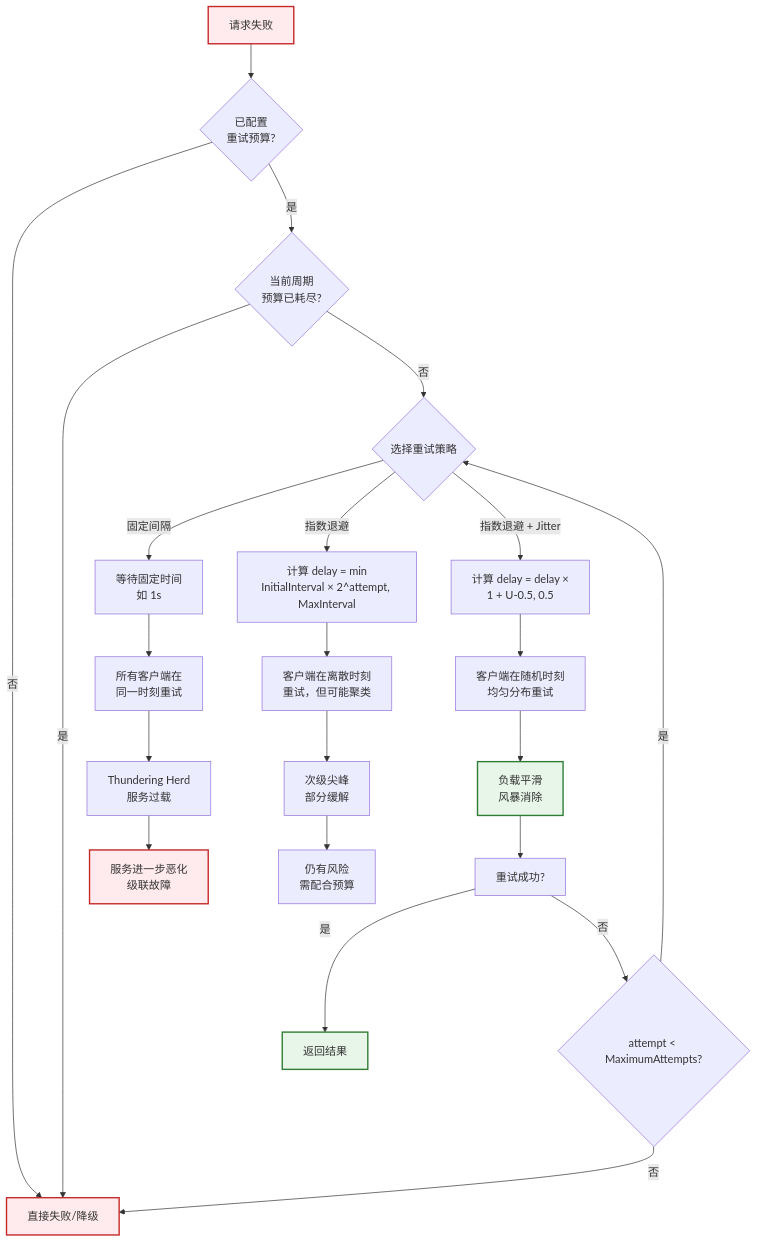
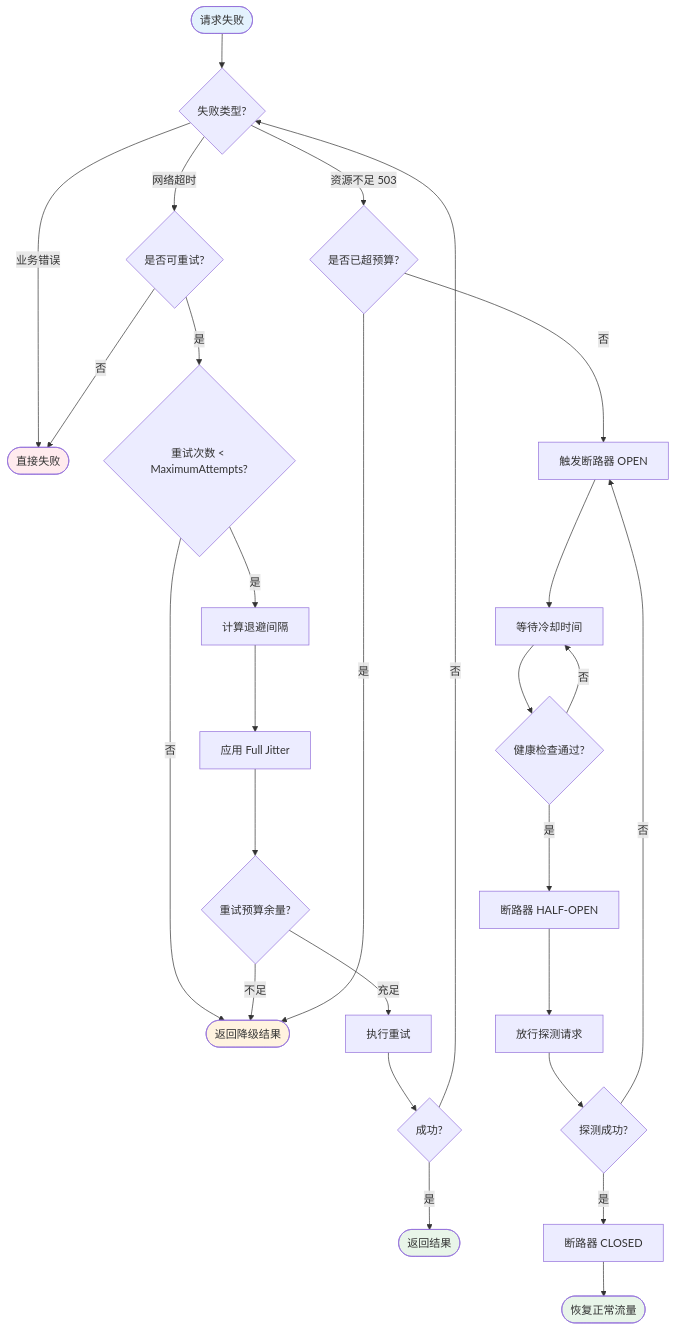
The second of 2 diagrams in TECH-STACK-STREAMING-POSTGRES-TEMPORAL-KRATOS/04-resilience/04.03-bulkhead-retry-isolation-patterns.md (AdaMartin18010/AnalysisDataFlow), drawn with Mermaid before and after one commit. The commit also changed other lines of this file and 5 other files, not shown here.

````diff
--- a/TECH-STACK-STREAMING-POSTGRES-TEMPORAL-KRATOS/04-resilience/04.03-bulkhead-retry-isolation-patterns.md
+++ b/TECH-STACK-STREAMING-POSTGRES-TEMPORAL-KRATOS/04-resilience/04.03-bulkhead-retry-isolation-patterns.md
@@ -397,35 +531,45 @@
 ```mermaid
 flowchart TD
-    A[请求失败] --> B{已配置<br/>重试预算?}
-    B -->|否| C[直接失败/降级]
-    B -->|是| D{当前周期<br/>预算已耗尽?}
-    D -->|是| C
-    D -->|否| E{选择重试策略}
+    Start([请求失败]) --> A{失败类型?}
 
-    E -->|固定间隔| F[等待固定时间<br/>如 1s]
-    E -->|指数退避| G[计算 delay = min<br/>InitialInterval × 2^attempt, MaxInterval]
-    E -->|指数退避 + Jitter| H[计算 delay = delay ×<br/>1 + U-0.5, 0.5]
+    A -->|网络超时| B{是否可重试?}
+    A -->|业务错误| C([直接失败])
+    A -->|资源不足 503| D{是否已超预算?}
 
-    F --> I[所有客户端在<br/>同一时刻重试]
-    G --> J[客户端在离散时刻<br/>重试，但可能聚类]
-    H --> K[客户端在随机时刻<br/>均匀分布重试]
+    B -->|是| E{重试次数 < MaximumAttempts?}
+    B -->|否| C
 
-    I --> L[Thundering Herd<br/>服务过载]
-    J --> M[次级尖峰<br/>部分缓解]
-    K --> N[负载平滑<br/>风暴消除]
+    E -->|是| F[计算退避间隔]
+    E -->|否| G([返回降级结果])
 
-    L --> O[服务进一步恶化<br/>级联故障]
-    M --> P[仍有风险<br/>需配合预算]
-    N --> Q[重试成功?]
+    F --> H[应用 Full Jitter]
+    H --> I{重试预算余量?}
 
-    Q -->|是| R[返回结果]
-    Q -->|否| S{attempt < MaximumAttempts?}
-    S -->|是| E
-    S -->|否| C
+    I -->|充足| J[执行重试]
+    I -->|不足| G
 
-    style A fill:#ffebee,stroke:#c62828,stroke-width:2px
-    style C fill:#ffebee,stroke:#c62828,stroke-width:2px
-    style R fill:#e8f5e9,stroke:#2e7d32,stroke-width:2px
-    style N fill:#e8f5e9,stroke:#2e7d32,stroke-width:2px
-    style O fill:#ffebee,stroke:#c62828,stroke-width:2px
+    D -->|是| G
+    D -->|否| K[触发断路器 OPEN]
+
+    J --> L{成功?}
+    L -->|是| M([返回结果])
+    L -->|否| A
+
+    K --> N[等待冷却时间]
+    N --> O{健康检查通过?}
+    O -->|是| P[断路器 HALF-OPEN]
+    O -->|否| N
+
+    P --> Q[放行探测请求]
+    Q --> R{探测成功?}
+    R -->|是| S[断路器 CLOSED]
+    R -->|否| K
+
+    S --> T([恢复正常流量])
+
+    style Start fill:#e3f2fd
+    style M fill:#e8f5e9
+    style C fill:#ffebee
+    style G fill:#fff3e0
+    style T fill:#e8f5e9
 ```
````
